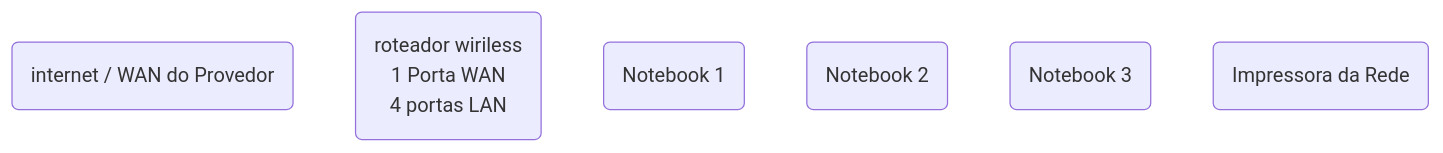
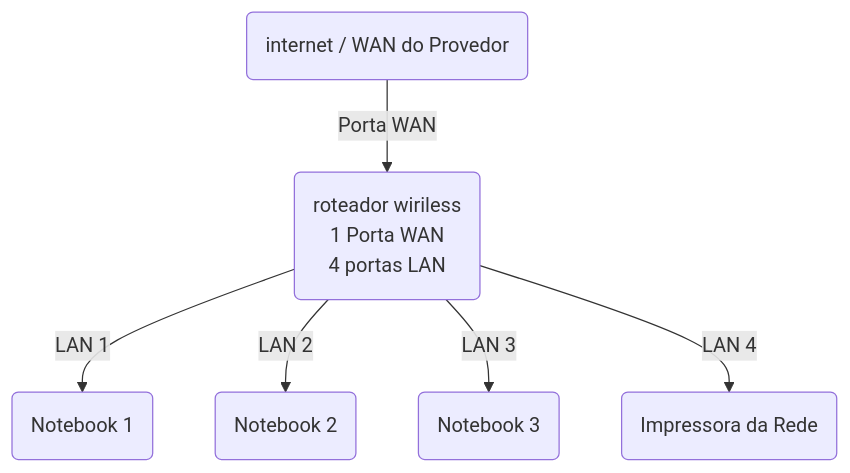
The diagram in README.md (lethovisque/lab-rede01), drawn with Mermaid before and after one commit.

````diff
--- a/README.md
+++ b/README.md
@@ -29,13 +29,21 @@
 ```mermaid
 graph TD
 
 WAN(internet / WAN do Provedor)
+  
+Router(roteador wiriless<br>1 Porta WAN<br> 4 portas LAN)
  
-Router(roteador wiriless<br>1 Porta WAN<br> 4 portas LAN)
-
-PC1(Notebook 1) 
+PC1(Notebook 1)
 PC2(Notebook 2)
 PC3(Notebook 3)
 
 Printer(Impressora da Rede)
+
+WAN --> |Porta WAN| Router
+
+Router --> |LAN 1| PC1
+Router --> |LAN 2| PC2
+Router --> |LAN 3| PC3
+Router --> |LAN 4| Printer
+
 ```
````
